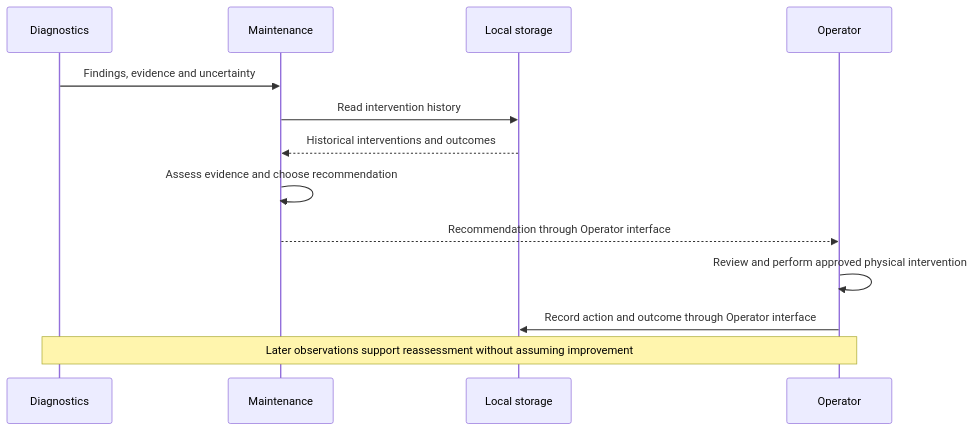
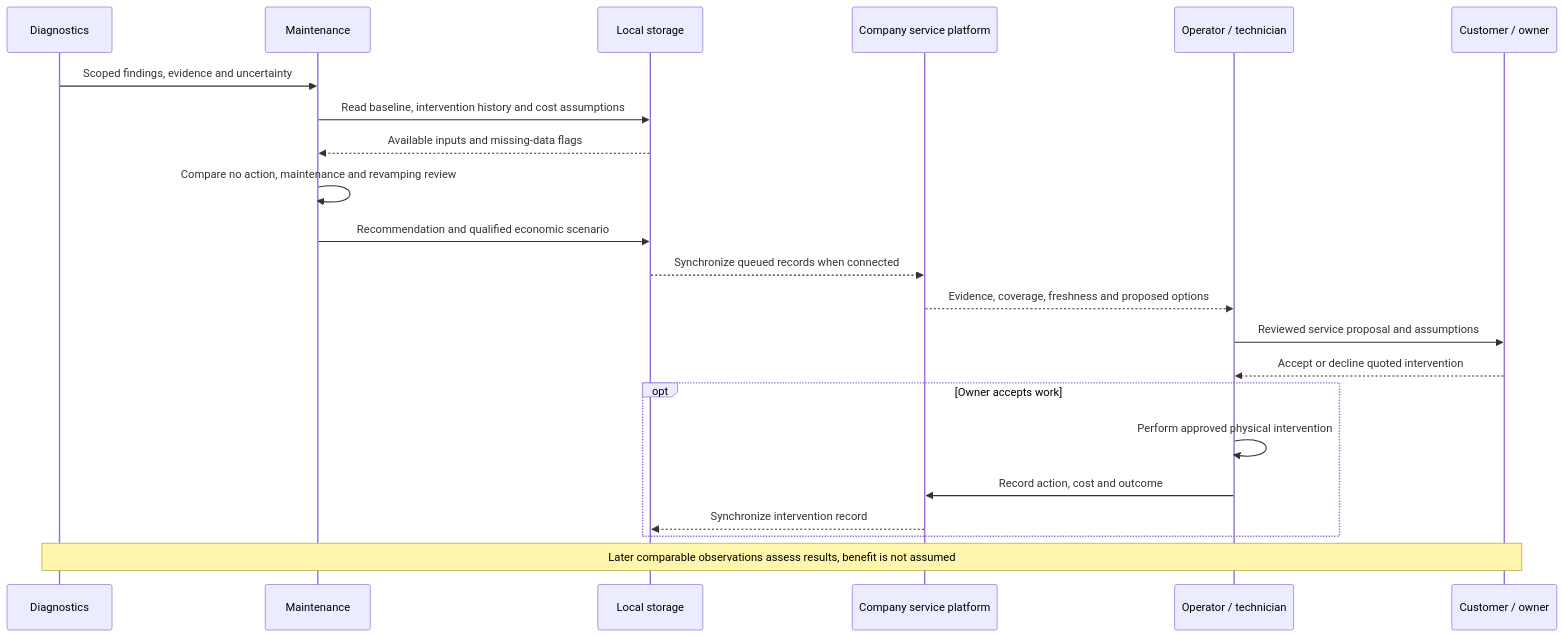
Before and after one commit to B-AROL-O/hackturin-2026: the diagram in docs/architecture/flows/recommend-maintenance.md, drawn with Mermaid. The commit also changed other lines of this file and 28 other files, not shown here.

Commit message:
docs(poopvolt): renew company offer, architecture and pitch

````diff
--- a/docs/architecture/flows/recommend-maintenance.md
+++ b/docs/architecture/flows/recommend-maintenance.md
@@ -10,15 +10,24 @@
 ```mermaid
 sequenceDiagram
     participant D as Diagnostics
     participant M as Maintenance
     participant S as Local storage
-    participant O as Operator
-    D->>M: Findings, evidence and uncertainty
-    M->>S: Read intervention history
-    S-->>M: Historical interventions and outcomes
-    M->>M: Assess evidence and choose recommendation
-    M-->>O: Recommendation through Operator interface
-    O->>O: Review and perform approved physical intervention
-    O->>S: Record action and outcome through Operator interface
-    Note over D,O: Later observations support reassessment without assuming improvement
+    participant P as Company service platform
+    participant O as Operator / technician
+    participant C as Customer / owner
+    D->>M: Scoped findings, evidence and uncertainty
+    M->>S: Read baseline, intervention history and cost assumptions
+    S-->>M: Available inputs and missing-data flags
+    M->>M: Compare no action, maintenance and revamping review
+    M->>S: Recommendation and qualified economic scenario
+    S-->>P: Synchronize queued records when connected
+    P-->>O: Evidence, coverage, freshness and proposed options
+    O->>C: Reviewed service proposal and assumptions
+    C-->>O: Accept or decline quoted intervention
+    opt Owner accepts work
+        O->>O: Perform approved physical intervention
+        O->>P: Record action, cost and outcome
+        P-->>S: Synchronize intervention record
+    end
+    Note over D,C: Later comparable observations assess results, benefit is not assumed
 ```
````
